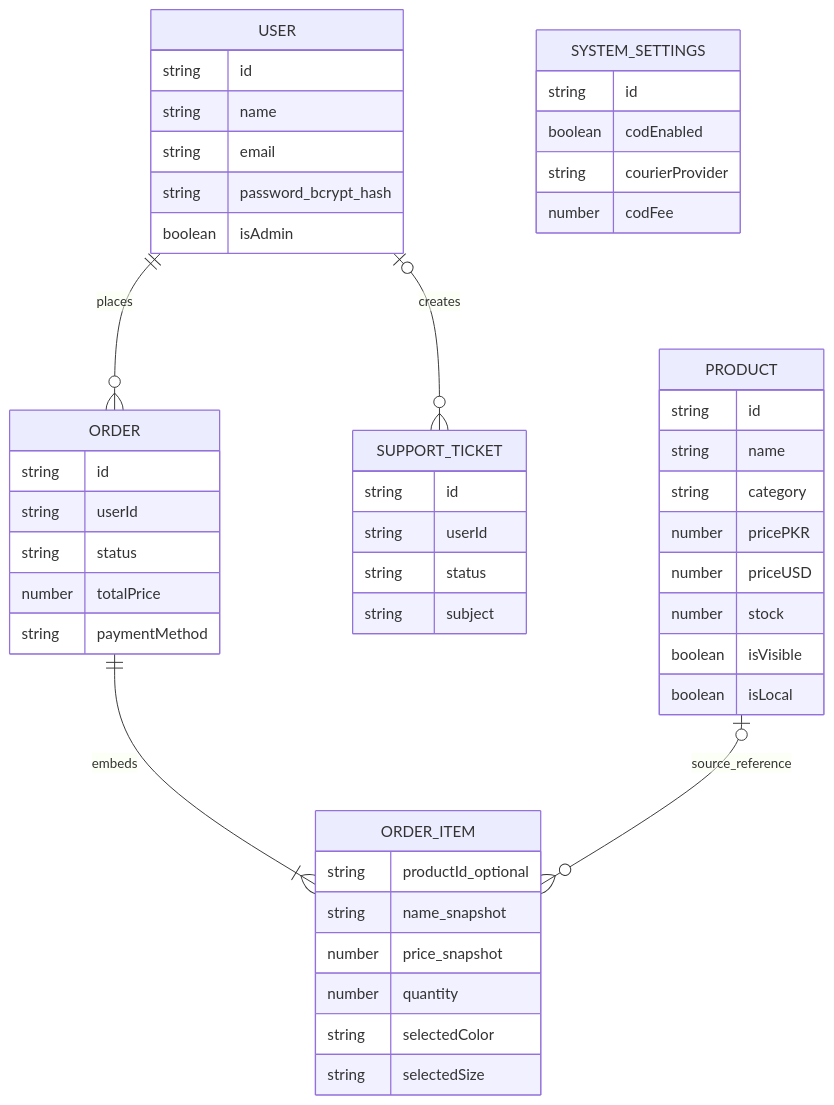
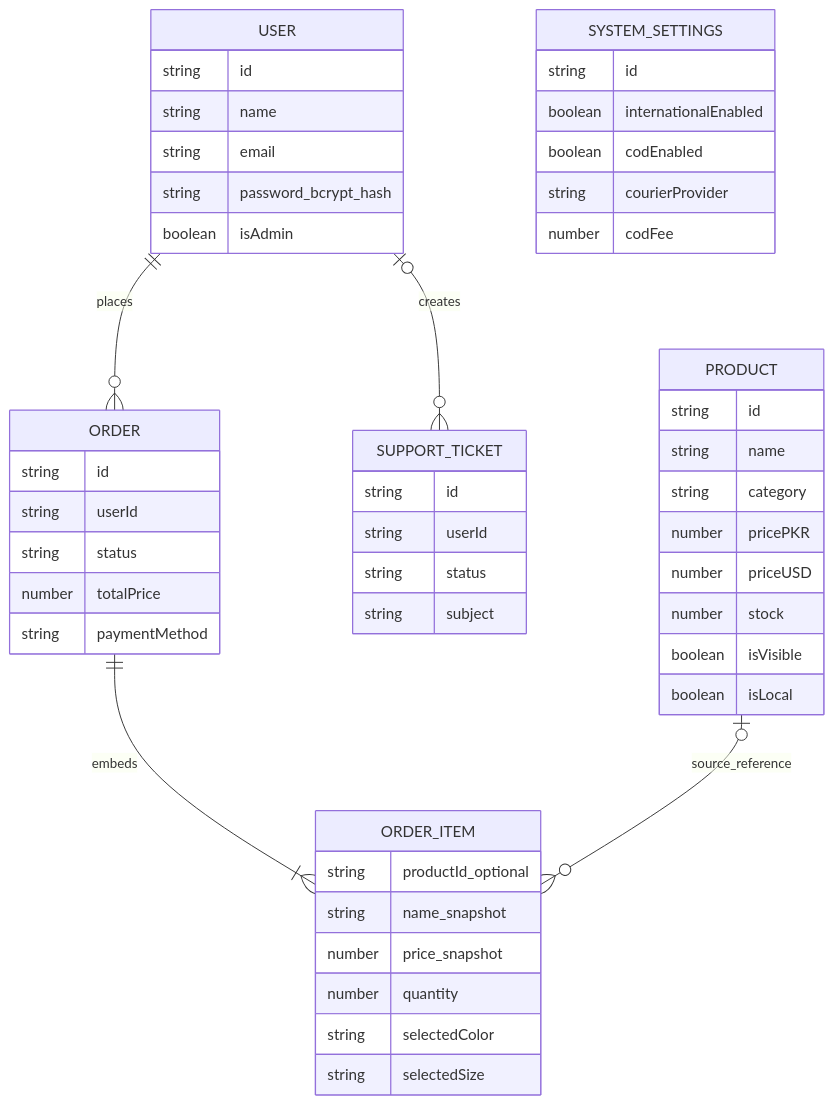
Before and after one commit to arbazfareed/e-commerce: the fifth of 5 diagrams in docs/ARCHITECTURE.md, drawn with Mermaid. The commit also changed other lines of this file and 94 other files, not shown here.

````diff
--- a/docs/ARCHITECTURE.md
+++ b/docs/ARCHITECTURE.md
@@ -95,52 +147,53 @@
 ```mermaid
 erDiagram
     USER ||--o{ ORDER : places
     USER o|--o{ SUPPORT_TICKET : creates
     ORDER ||--|{ ORDER_ITEM : embeds
     PRODUCT o|--o{ ORDER_ITEM : source_reference
 
     USER {
         string id
         string name
         string email
         string password_bcrypt_hash
         boolean isAdmin
     }
     PRODUCT {
         string id
         string name
         string category
         number pricePKR
         number priceUSD
         number stock
         boolean isVisible
         boolean isLocal
     }
     ORDER_ITEM {
         string productId_optional
         string name_snapshot
         number price_snapshot
         number quantity
         string selectedColor
         string selectedSize
     }
     ORDER {
         string id
         string userId
         string status
         number totalPrice
         string paymentMethod
     }
     SUPPORT_TICKET {
         string id
         string userId
         string status
         string subject
     }
     SYSTEM_SETTINGS {
         string id
+        boolean internationalEnabled
         boolean codEnabled
         string courierProvider
         number codFee
     }
 ```
````
